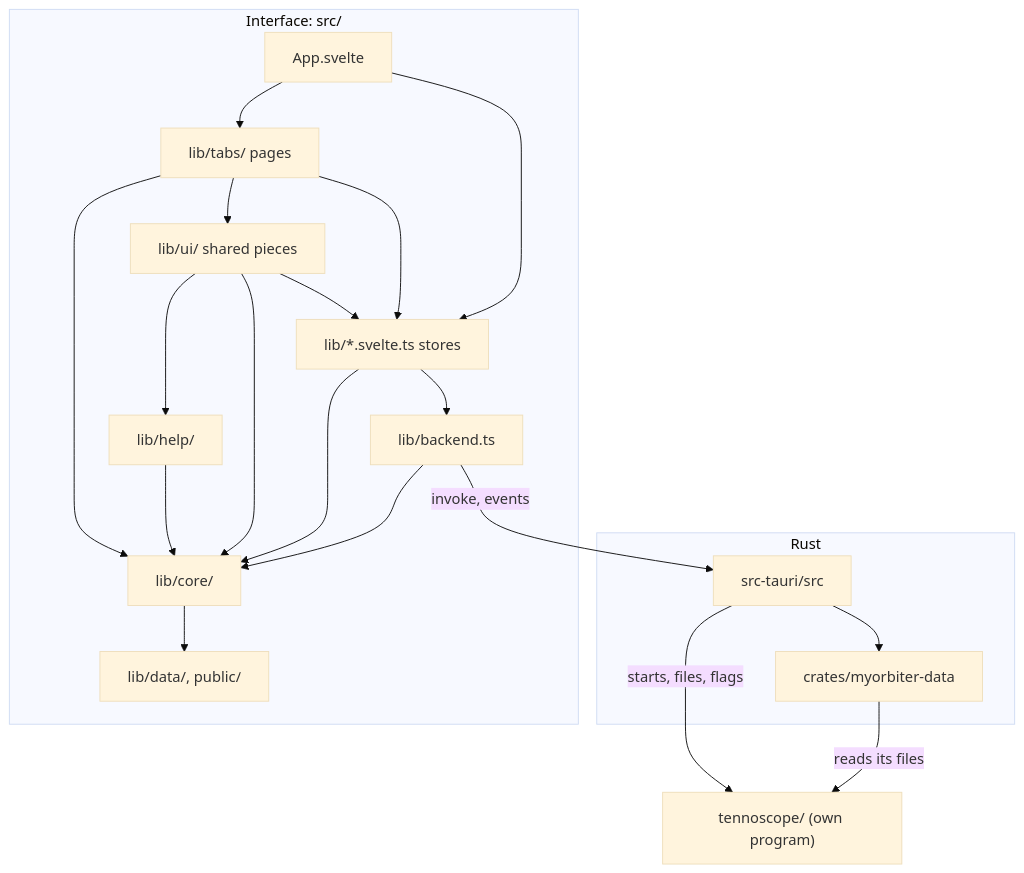
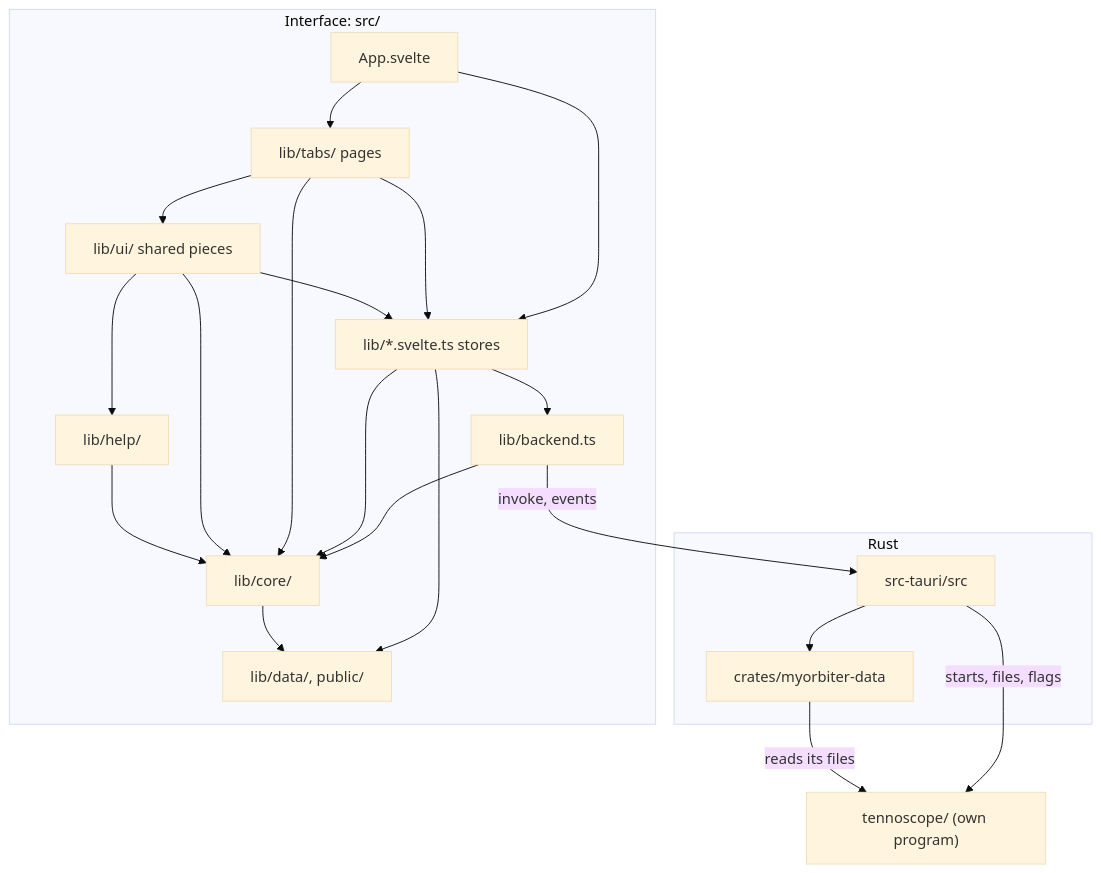
The first of 6 diagrams in docs/architecture.md (ShezissSnake/myorbiter), drawn with Mermaid (base theme) before and after one commit. The commit also changed other lines of this file, not shown here.

First line of the commit message:
Name bundled data in the State border and tidy the overview

````diff
--- a/docs/architecture.md
+++ b/docs/architecture.md
@@ -13,35 +13,36 @@
 ```mermaid
 flowchart TB
   subgraph rust["Rust"]
     data["crates/myorbiter-data"]
     app["src-tauri/src"]
   end
   subgraph ui["Interface: src/"]
     bridge["lib/backend.ts"]
     core["lib/core/"]
     stores["lib/*.svelte.ts stores"]
     shell["App.svelte"]
     tabs["lib/tabs/ pages"]
     shared["lib/ui/ shared pieces"]
     help["lib/help/"]
     bundled["lib/data/, public/"]
   end
   ts["tennoscope/ (own program)"]
   app --> data
   bridge -->|"invoke, events"| app
   bridge --> core
   stores --> bridge
   stores --> core
+  stores --> bundled
   shell --> stores
   shell --> tabs
   tabs --> stores
   tabs --> shared
   tabs --> core
   shared --> stores
   shared --> core
   shared --> help
   help --> core
   core --> bundled
   app -->|"starts, files, flags"| ts
   data -->|"reads its files"| ts
 ```
````
